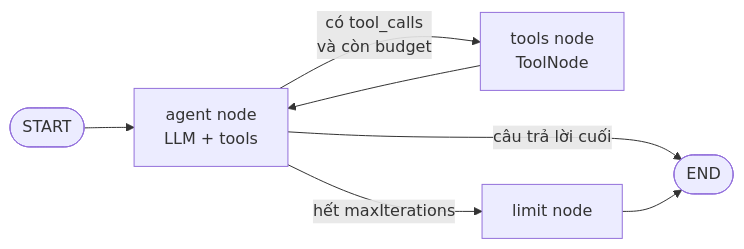
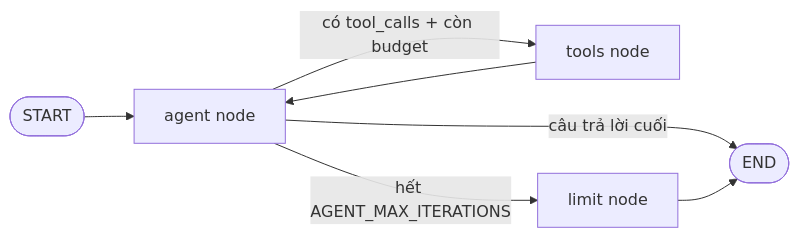
Before and after one commit to tuanthanh0210/nestjs-langgraph: the second of 2 diagrams in README.md, drawn with Mermaid. The commit also changed other lines of this file and 50 other files, not shown here.

````diff
--- a/README.md
+++ b/README.md
@@ -53,8 +203,8 @@
 ```mermaid
 flowchart LR
-  A([START]) --> B[agent node<br/>LLM + tools]
-  B -->|có tool_calls<br/>và còn budget| C[tools node<br/>ToolNode]
+  A([START]) --> B[agent node]
+  B -->|có tool_calls + còn budget| C[tools node]
   C --> B
   B -->|câu trả lời cuối| D([END])
-  B -->|hết maxIterations| E[limit node] --> D
+  B -->|hết AGENT_MAX_ITERATIONS| E[limit node] --> D
 ```
````
